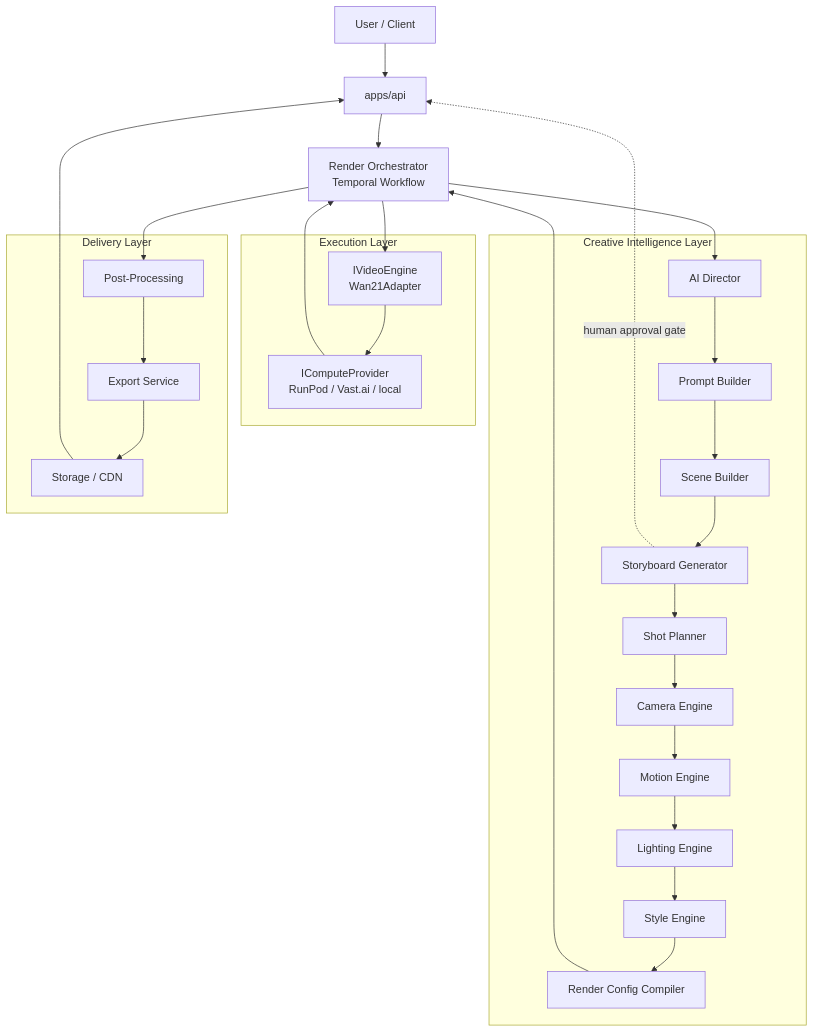
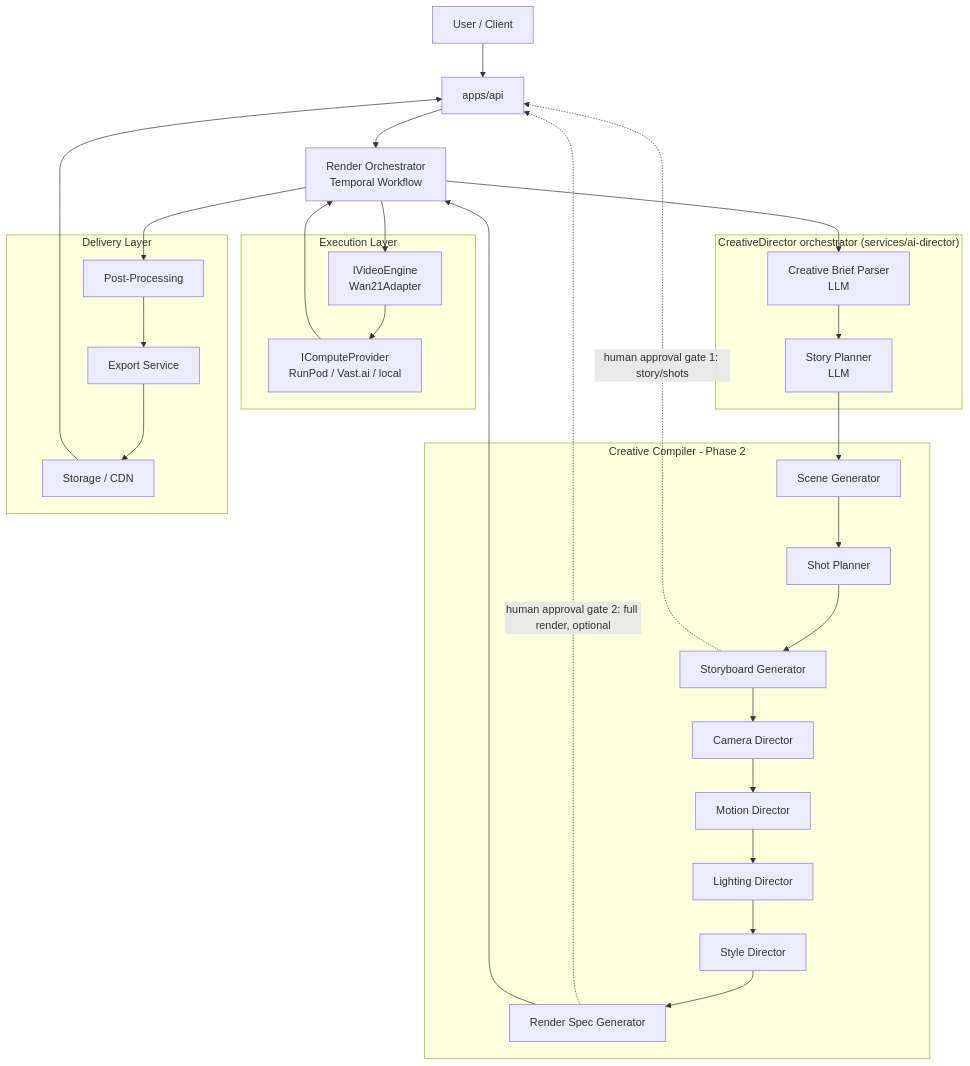
One commit to Y1X0/sallehly-ai-engine changed the first of 2 diagrams in docs/ARCHITECTURE.md. Above: the diagram before and after it, drawn with Mermaid. The commit also changed other lines of this file and 55 other files, not shown here.

First line of the commit message:
Phase 1: Creative Director pipeline (Brief Parser -> Story Planner -> Scene/Shot generation)

````diff
--- a/docs/ARCHITECTURE.md
+++ b/docs/ARCHITECTURE.md
@@ -13,37 +13,43 @@
 ```mermaid
 flowchart TD
     U[User / Client] --> API[apps/api]
     API --> ORCH[Render Orchestrator<br/>Temporal Workflow]
 
-    subgraph L1[Creative Intelligence Layer]
-        DIR[AI Director]
-        PB[Prompt Builder]
-        SB[Scene Builder]
+    subgraph CD["CreativeDirector orchestrator (services/ai-director)"]
+        BP[Creative Brief Parser<br/>LLM]
+        STP[Story Planner<br/>LLM]
+        BP --> STP
+    end
+
+    subgraph L1[Creative Compiler - Phase 2]
+        SB[Scene Generator]
+        SP[Shot Planner]
         SG[Storyboard Generator]
-        SP[Shot Planner]
-        CAM[Camera Engine]
-        MOT[Motion Engine]
-        LIT[Lighting Engine]
-        STY[Style Engine]
-        RC[Render Config Compiler]
+        CAM[Camera Director]
+        MOT[Motion Director]
+        LIT[Lighting Director]
+        STY[Style Director]
+        RC[Render Spec Generator]
     end
 
     subgraph L2[Execution Layer]
         ENGINE[IVideoEngine<br/>Wan21Adapter]
         COMPUTE[IComputeProvider<br/>RunPod / Vast.ai / local]
     end
 
     subgraph L3[Delivery Layer]
         PP[Post-Processing]
         EXP[Export Service]
         CDN[Storage / CDN]
     end
 
-    ORCH --> DIR --> PB --> SB --> SG
-    SG -.->|human approval gate| API
-    SG --> SP --> CAM --> MOT --> LIT --> STY --> RC
+    ORCH --> BP
+    STP --> SB --> SP --> SG
+    SG -.->|human approval gate 1: story/shots| API
+    SG --> CAM --> MOT --> LIT --> STY --> RC
+    RC -.->|human approval gate 2: full render, optional| API
     RC --> ORCH
     ORCH --> ENGINE --> COMPUTE
     COMPUTE --> ORCH
     ORCH --> PP --> EXP --> CDN --> API
 ```
````
